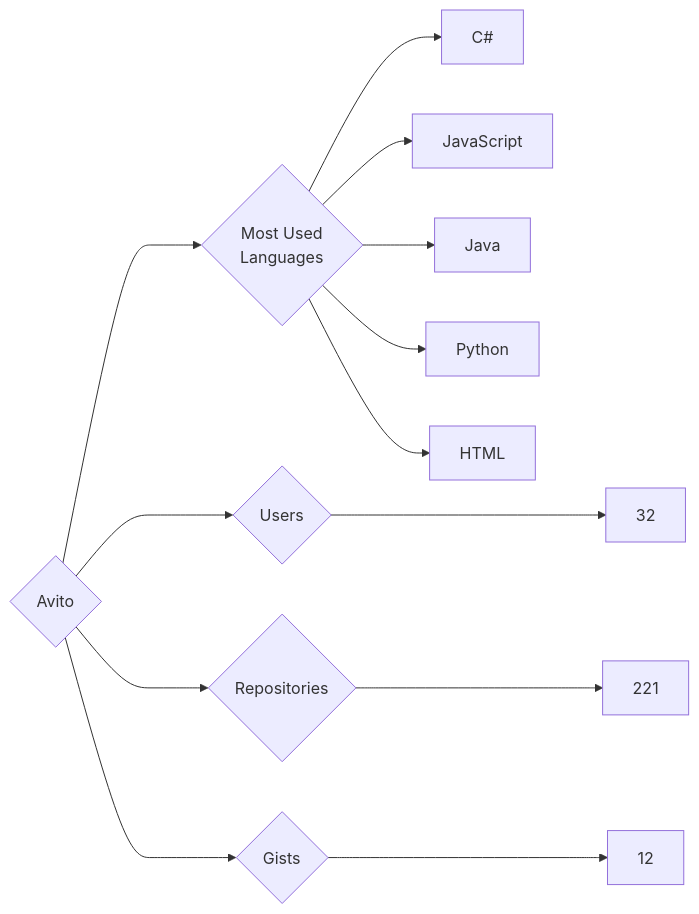
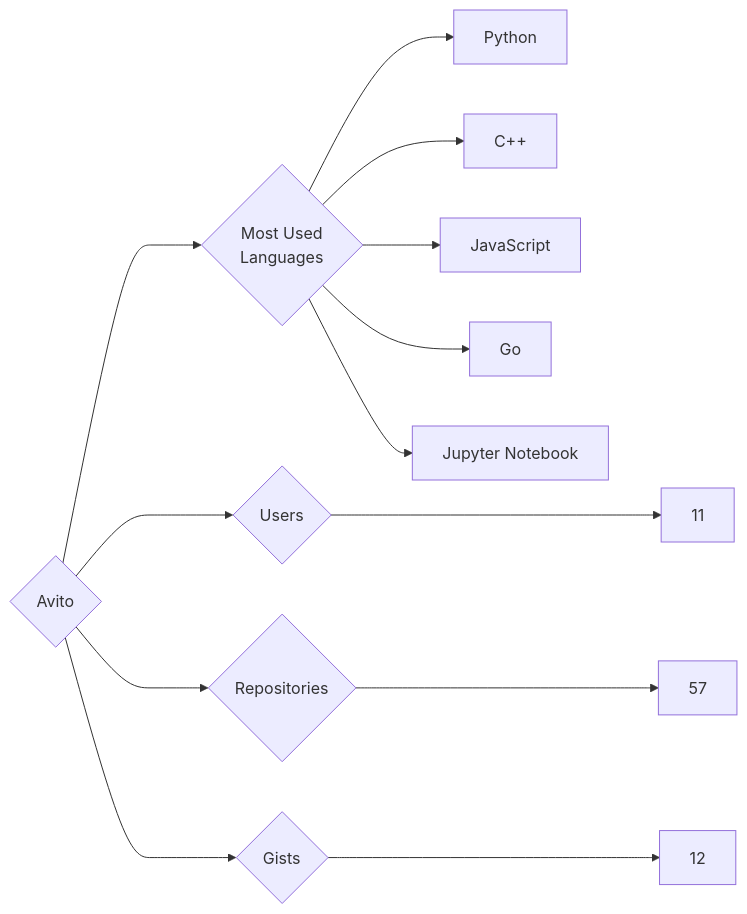
One commit to trickest/insiders changed the diagram in targets/Avito/README.md. Above: the diagram before and after it, drawn with Mermaid. The commit also changed 872 other files, not shown here.

````diff
--- a/targets/Avito/README.md
+++ b/targets/Avito/README.md
@@ -3,13 +3,13 @@
 ```mermaid
 graph LR
 COMPANY_NAME{Avito}
-COMPANY_NAME ---> U{Users} ---> UN[32]
-COMPANY_NAME ---> R{Repositories} ---> RN[221]
+COMPANY_NAME ---> U{Users} ---> UN[11]
+COMPANY_NAME ---> R{Repositories} ---> RN[57]
 COMPANY_NAME ---> G{Gists} ---> GN[12]
 COMPANY_NAME ---> ML{Most Used<br>Languages}
-ML --> C#[C#]
+ML --> Python[Python]
+ML --> C++[C++]
 ML --> JavaScript[JavaScript]
-ML --> Java[Java]
-ML --> Python[Python]
-ML --> HTML[HTML]
+ML --> Go[Go]
+ML --> Jupyter_Notebook[Jupyter Notebook]
 ```
````
